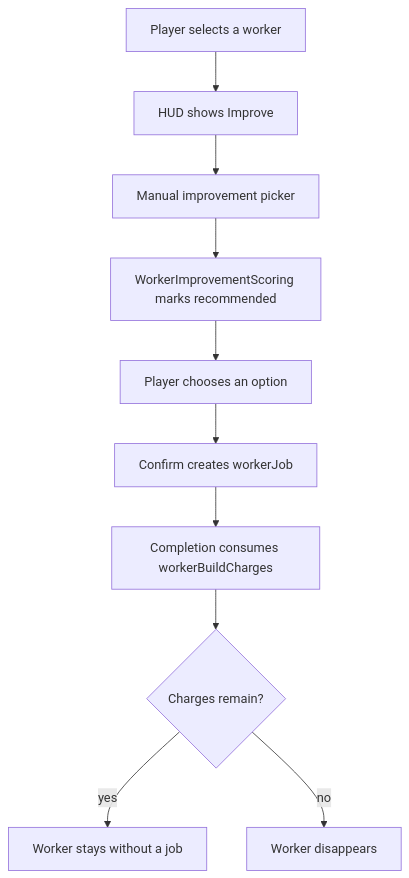
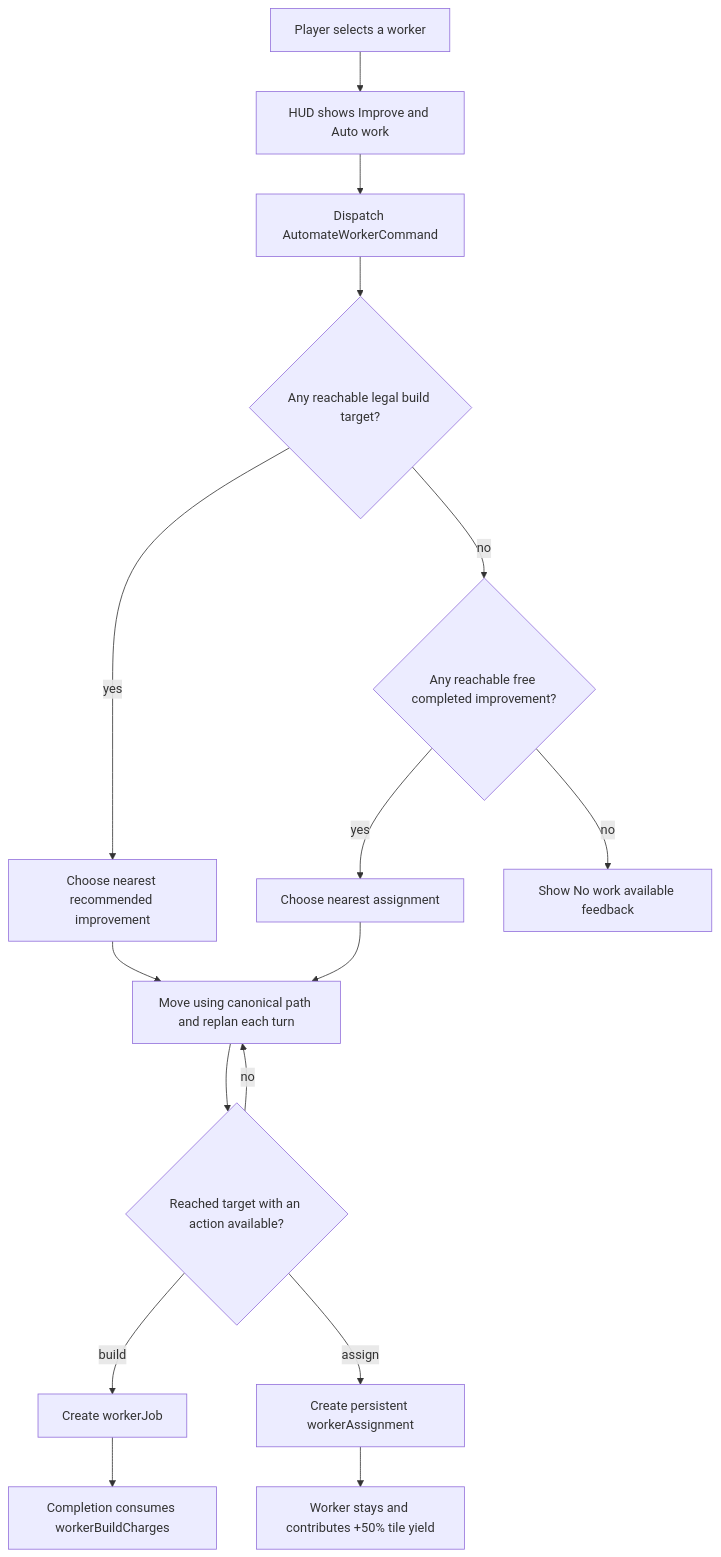
Before and after one commit to ernestwisniewski/aonw: the second of 2 diagrams in docs/game-design/mobile-qol-automation.md, drawn with Mermaid. The commit also changed other lines of this file and 94 other files, not shown here.

Commit message:
Add automatic worker work

````diff
--- a/docs/game-design/mobile-qol-automation.md
+++ b/docs/game-design/mobile-qol-automation.md
@@ -124,12 +140,18 @@
 ```mermaid
 flowchart TD
-    A["Player selects a worker"] --> B["HUD shows Improve"]
-    B --> C["Manual improvement picker"]
-    C --> D["WorkerImprovementScoring marks recommended"]
-    D --> E["Player chooses an option"]
-    E --> F["Confirm creates workerJob"]
-    F --> G["Completion consumes workerBuildCharges"]
-    G --> H{"Charges remain?"}
-    H -- "yes" --> I["Worker stays without a job"]
-    H -- "no" --> J["Worker disappears"]
+    A["Player selects a worker"] --> B["HUD shows Improve and Auto work"]
+    B --> C["Dispatch AutomateWorkerCommand"]
+    C --> D{"Any reachable legal build target?"}
+    D -- "yes" --> E["Choose nearest recommended improvement"]
+    D -- "no" --> F{"Any reachable free completed improvement?"}
+    F -- "yes" --> G["Choose nearest assignment"]
+    F -- "no" --> H["Show No work available feedback"]
+    E --> I["Move using canonical path and replan each turn"]
+    G --> I
+    I --> J{"Reached target with an action available?"}
+    J -- "no" --> I
+    J -- "build" --> K["Create workerJob"]
+    J -- "assign" --> L["Create persistent workerAssignment"]
+    K --> M["Completion consumes workerBuildCharges"]
+    L --> N["Worker stays and contributes +50% tile yield"]
 ```
````
